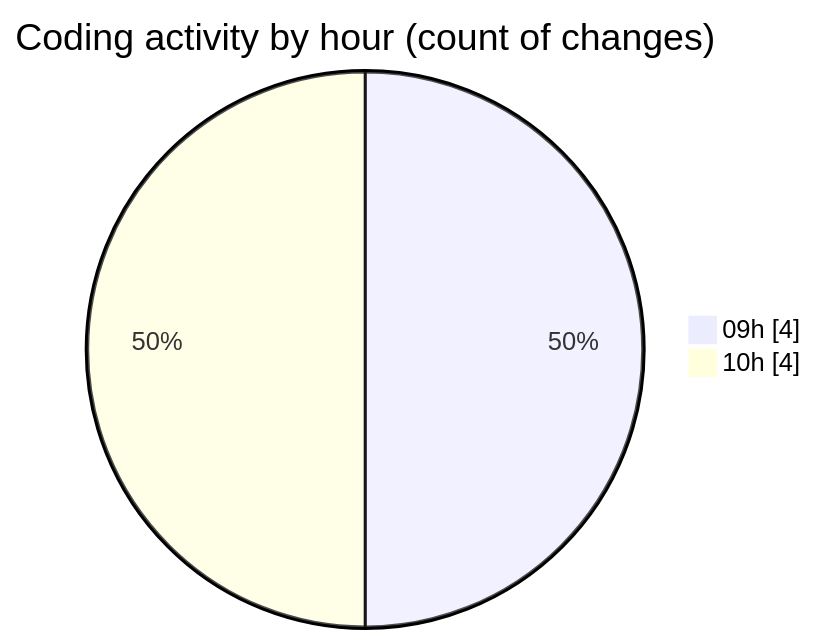
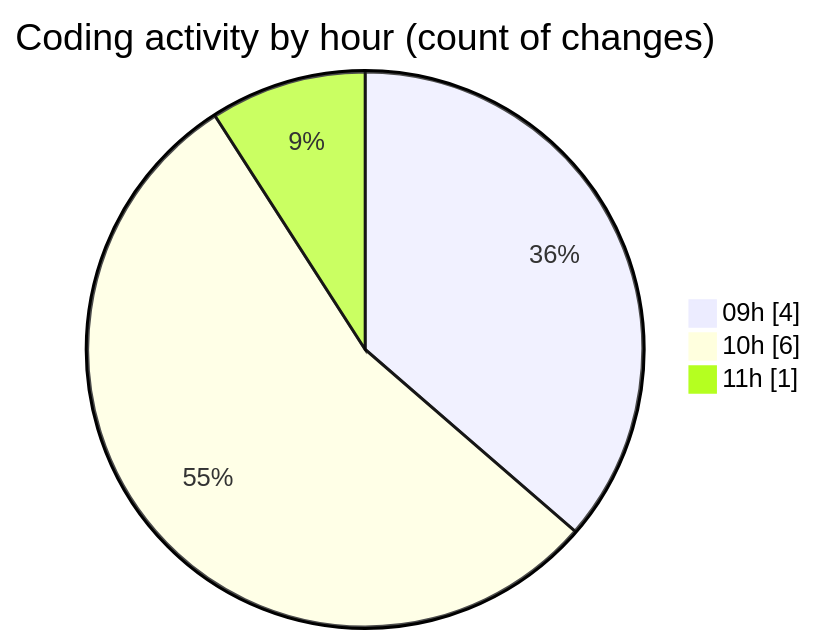
One commit to momahboobian/code-tracking changed the second of 2 diagrams in 2025-05-29/cda/README.md. Above: the diagram before and after it, drawn with Mermaid. The commit also changed other lines of this file and 1 other file, not shown here.

````diff
--- a/2025-05-29/cda/README.md
+++ b/2025-05-29/cda/README.md
@@ -30,6 +30,7 @@
 ```mermaid
 pie showData
 title Coding activity by hour (count of changes)
 "09h" : 4
-"10h" : 4
+"10h" : 6
+"11h" : 1
 ```
````
